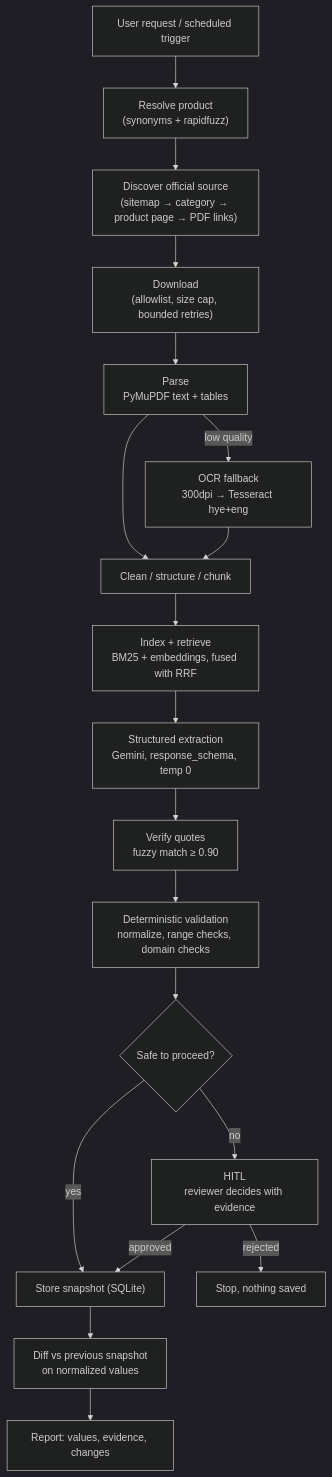
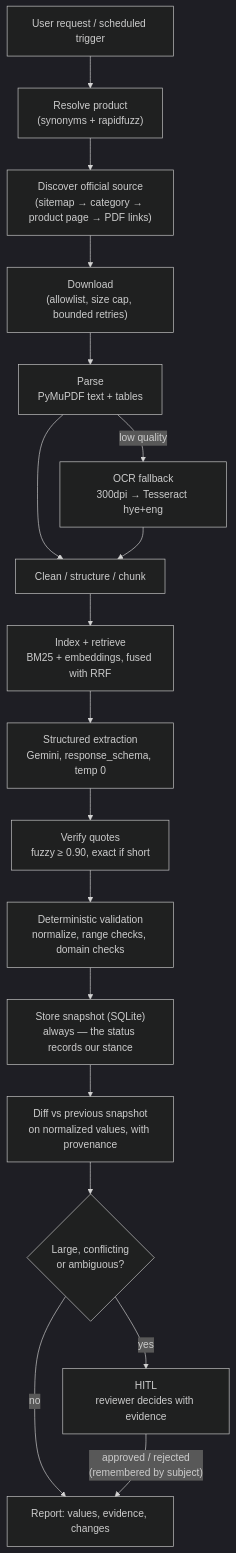
One commit to levtitanyan/bank-agent changed the diagram in docs/ARCHITECTURE.md. Above: the diagram before and after it, drawn with Mermaid (dark theme). The commit also changed other lines of this file and 4 other files, not shown here.

````diff
--- a/docs/ARCHITECTURE.md
+++ b/docs/ARCHITECTURE.md
@@ -27,21 +34,20 @@
 ```mermaid
 flowchart TD
     A["User request / scheduled trigger"] --> B["Resolve product<br/>(synonyms + rapidfuzz)"]
     B --> C["Discover official source<br/>(sitemap → category → product page → PDF links)"]
     C --> D["Download<br/>(allowlist, size cap, bounded retries)"]
     D --> E["Parse<br/>PyMuPDF text + tables"]
     E -->|low quality| E2["OCR fallback<br/>300dpi → Tesseract hye+eng"]
     E --> F["Clean / structure / chunk"]
     E2 --> F
     F --> G["Index + retrieve<br/>BM25 + embeddings, fused with RRF"]
     G --> H["Structured extraction<br/>Gemini, response_schema, temp 0"]
-    H --> I["Verify quotes<br/>fuzzy match ≥ 0.90"]
+    H --> I["Verify quotes<br/>fuzzy ≥ 0.90, exact if short"]
     I --> J["Deterministic validation<br/>normalize, range checks, domain checks"]
-    J --> K{"Safe to proceed?"}
-    K -->|no| L["HITL<br/>reviewer decides with evidence"]
-    K -->|yes| M["Store snapshot (SQLite)"]
-    L -->|approved| M
-    L -->|rejected| X["Stop, nothing saved"]
-    M --> N["Diff vs previous snapshot<br/>on normalized values"]
-    N --> O["Report: values, evidence, changes"]
+    J --> M["Store snapshot (SQLite)<br/>always — the status records our stance"]
+    M --> N["Diff vs previous snapshot<br/>on normalized values, with provenance"]
+    N --> K{"Large, conflicting<br/>or ambiguous?"}
+    K -->|no| O["Report: values, evidence, changes"]
+    K -->|yes| L["HITL<br/>reviewer decides with evidence"]
+    L -->|"approved / rejected<br/>(remembered by subject)"| O
 ```
````
